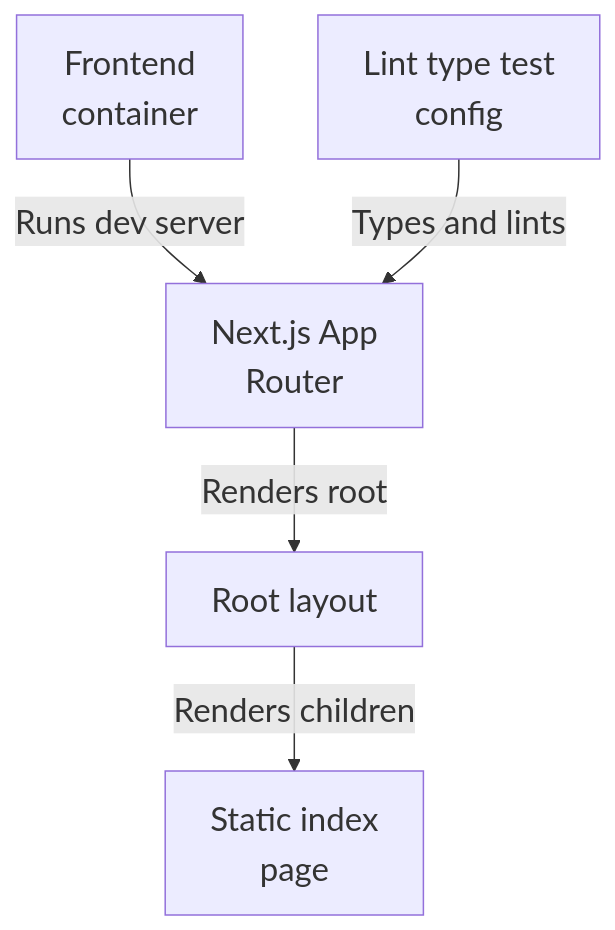
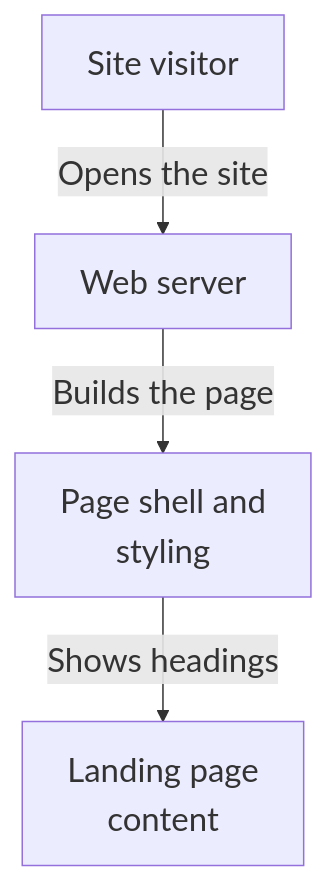
One commit to Justin-Mendoza/Afterclass changed the fourth of 6 diagrams in README.md. Above: the diagram before and after it, drawn with Mermaid. The commit also changed other lines of this file and 91 other files, not shown here.

````diff
--- a/README.md
+++ b/README.md
@@ -71,13 +90,11 @@
 ```mermaid
 %%{init: {"themeVariables": {"fontSize": "22px"}}}%%
 flowchart TD
-  n0["Frontend<br/>container"]
-  n1["Next.js App<br/>Router"]
-  n2["Root layout"]
-  n3["Static index<br/>page"]
-  n4["Lint type test<br/>config"]
-  n0 -->|"Runs dev server"| n1
-  n1 -->|"Renders root"| n2
-  n2 -->|"Renders children"| n3
-  n4 -->|"Types and lints"| n1
+  n0["Site visitor"]
+  n1["Web server"]
+  n2["Page shell and<br/>styling"]
+  n3["Landing page<br/>content"]
+  n0 -->|"Opens the site"| n1
+  n1 -->|"Builds the page"| n2
+  n2 -->|"Shows headings"| n3
 ```
````
